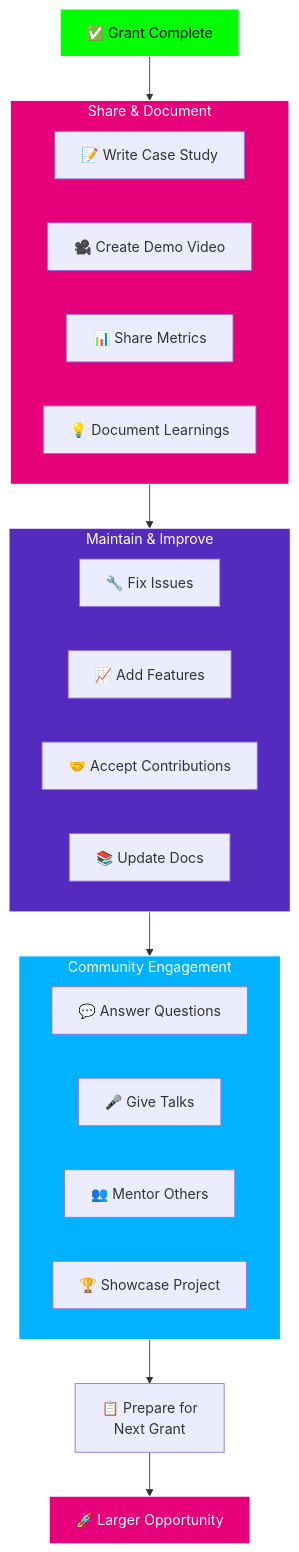
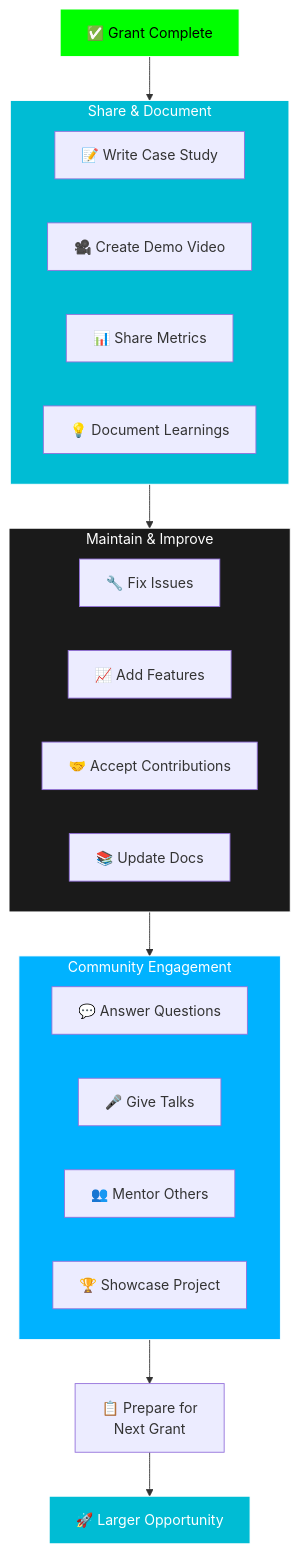
Before and after one commit to openguild-labs/polkadot-codecamp: diagram 16 of 17 in slides/polkadot-grant-ecosystem.md, drawn with Mermaid. The commit also changed other lines of this file and 6 other files, not shown here.

````diff
--- a/slides/polkadot-grant-ecosystem.md
+++ b/slides/polkadot-grant-ecosystem.md
@@ -2000,38 +2000,38 @@
 ```mermaid
 graph TB
     COMPLETE[✅ Grant Complete] --> SHARE
 
     subgraph SHARE[Share & Document]
         S1[📝 Write Case Study]
         S2[🎥 Create Demo Video]
         S3[📊 Share Metrics]
         S4[💡 Document Learnings]
     end
 
     SHARE --> MAINTAIN
 
     subgraph MAINTAIN[Maintain & Improve]
         M1[🔧 Fix Issues]
         M2[📈 Add Features]
         M3[🤝 Accept Contributions]
         M4[📚 Update Docs]
     end
 
     MAINTAIN --> ENGAGE
 
     subgraph ENGAGE[Community Engagement]
         E1[💬 Answer Questions]
         E2[🎤 Give Talks]
         E3[👥 Mentor Others]
         E4[🏆 Showcase Project]
     end
 
     ENGAGE --> PREPARE[📋 Prepare for<br/>Next Grant]
     PREPARE --> BIGGER[🚀 Larger Opportunity]
 
     style COMPLETE fill:#00ff00,stroke:#fff,color:#000
-    style SHARE fill:#E6007A,stroke:#fff,color:#fff
-    style MAINTAIN fill:#552BBF,stroke:#fff,color:#fff
+    style SHARE fill:#00BCD4,stroke:#fff,color:#fff
+    style MAINTAIN fill:#1a1a1a,stroke:#fff,color:#fff
     style ENGAGE fill:#00B2FF,stroke:#fff,color:#fff
-    style BIGGER fill:#E6007A,stroke:#fff,color:#fff
+    style BIGGER fill:#00BCD4,stroke:#fff,color:#fff
 ```
````
